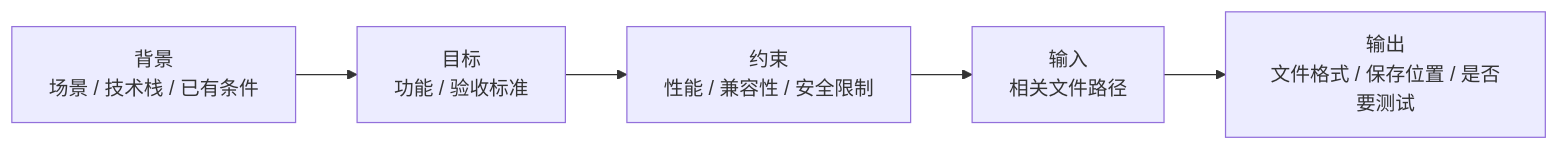
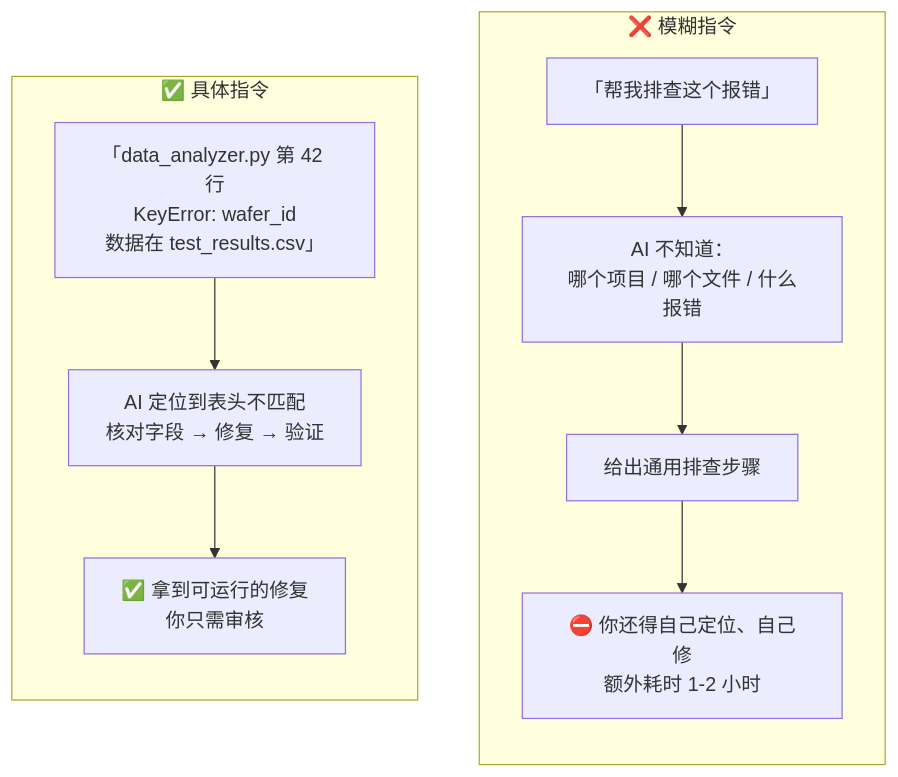
One commit to masonsxu/notes changed the second of 8 diagrams in ppt/ppt2-advanced/opencode-advanced-techniques.md. Above: the diagram before and after it, drawn with Mermaid. The commit also changed other lines of this file and 1 other file, not shown here.

````diff
--- a/ppt/ppt2-advanced/opencode-advanced-techniques.md
+++ b/ppt/ppt2-advanced/opencode-advanced-techniques.md
@@ -181,7 +169,18 @@
 ```mermaid
-flowchart LR
-    BG["背景<br/>场景 / 技术栈 / 已有条件"] --> GOAL["目标<br/>功能 / 验收标准"]
-    GOAL --> CST["约束<br/>性能 / 兼容性 / 安全限制"]
-    CST --> IN["输入<br/>相关文件路径"]
-    IN --> OUT["输出<br/>文件格式 / 保存位置 / 是否要测试"]
+flowchart TB
+    subgraph M["❌ 模糊指令"]
+        direction TB
+        M1["「帮我排查这个报错」"]
+        M2["AI 不知道：<br/>哪个项目 / 哪个文件 / 什么报错"]
+        M3["给出通用排查步骤"]
+        M4["⛔ 你还得自己定位、自己修<br/>额外耗时 1-2 小时"]
+        M1 --> M2 --> M3 --> M4
+    end
+    subgraph S["✅ 具体指令"]
+        direction TB
+        S1["「data_analyzer.py 第 42 行<br/>KeyError: wafer_id<br/>数据在 test_results.csv」"]
+        S2["AI 定位到表头不匹配<br/>核对字段 → 修复 → 验证"]
+        S3["✅ 拿到可运行的修复<br/>你只需审核"]
+        S1 --> S2 --> S3
+    end
 ```
````
